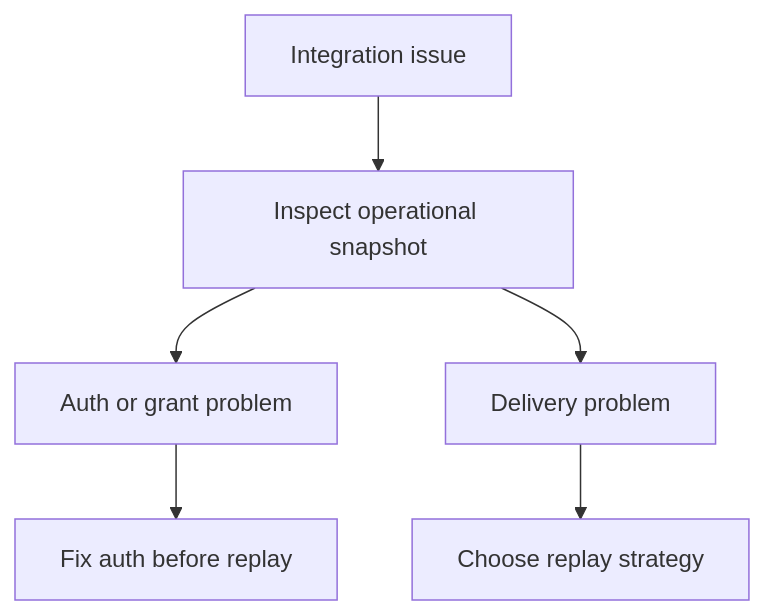
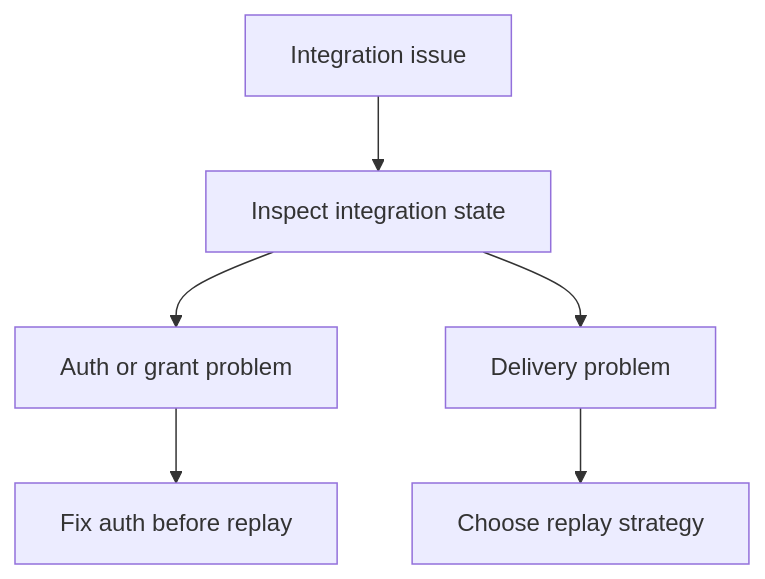
The diagram in docs/examples/protocol-operator-recovery.md (TheOpenSocial/openchat), drawn with Mermaid before and after one commit. The commit also changed other lines of this file and 20 other files, not shown here.

````diff
--- a/docs/examples/protocol-operator-recovery.md
+++ b/docs/examples/protocol-operator-recovery.md
@@ -27,8 +27,8 @@
 ```mermaid
 flowchart TD
-    A["Integration issue"] --> B["Inspect operational snapshot"]
+    A["Integration issue"] --> B["Inspect integration state"]
     B --> C["Auth or grant problem"]
     B --> D["Delivery problem"]
     C --> E["Fix auth before replay"]
     D --> F["Choose replay strategy"]
 ```
````
